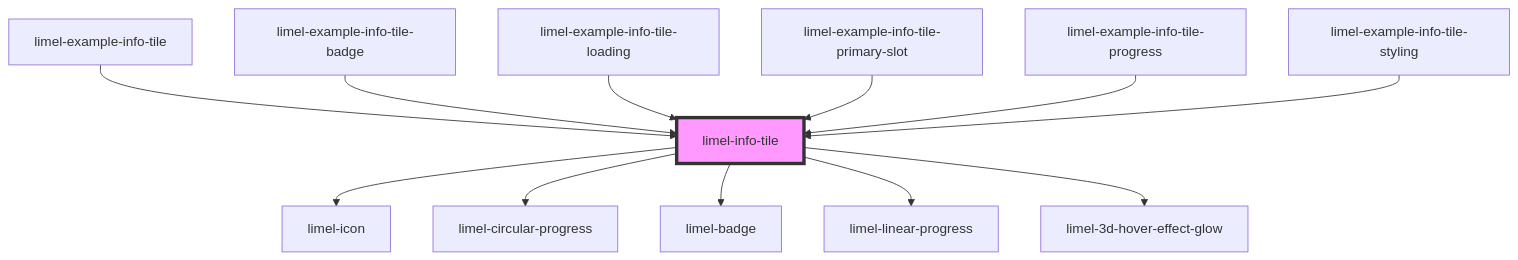
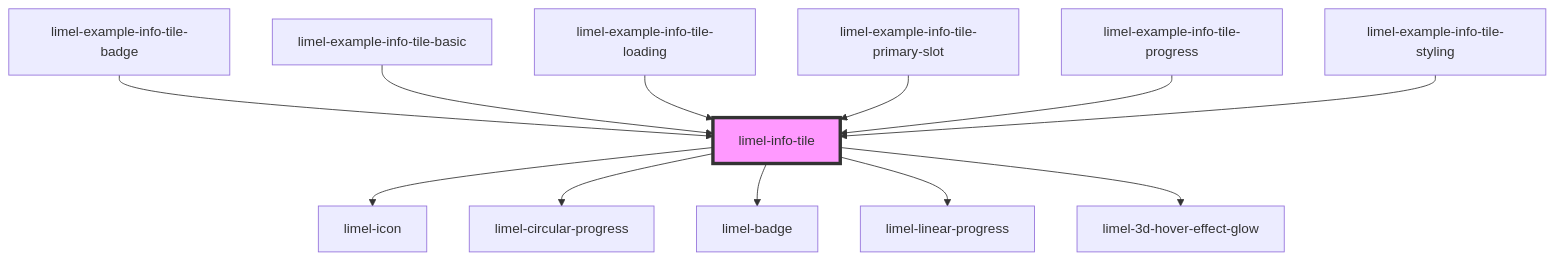
Before and after one commit to Lundalogik/lime-elements: the diagram in versions/PR-3981/markdown-docs/components/info-tile/readme.md, drawn with Mermaid. The commit also changed other lines of this file and 211 other files, not shown here.

````diff
--- a/versions/PR-3981/markdown-docs/components/info-tile/readme.md
+++ b/versions/PR-3981/markdown-docs/components/info-tile/readme.md
@@ -51,15 +51,15 @@
 ```mermaid
 graph TD;
   limel-info-tile --> limel-icon
   limel-info-tile --> limel-circular-progress
   limel-info-tile --> limel-badge
   limel-info-tile --> limel-linear-progress
   limel-info-tile --> limel-3d-hover-effect-glow
-  limel-example-info-tile --> limel-info-tile
   limel-example-info-tile-badge --> limel-info-tile
+  limel-example-info-tile-basic --> limel-info-tile
   limel-example-info-tile-loading --> limel-info-tile
   limel-example-info-tile-primary-slot --> limel-info-tile
   limel-example-info-tile-progress --> limel-info-tile
   limel-example-info-tile-styling --> limel-info-tile
   style limel-info-tile fill:#f9f,stroke:#333,stroke-width:4px
 ```
````
